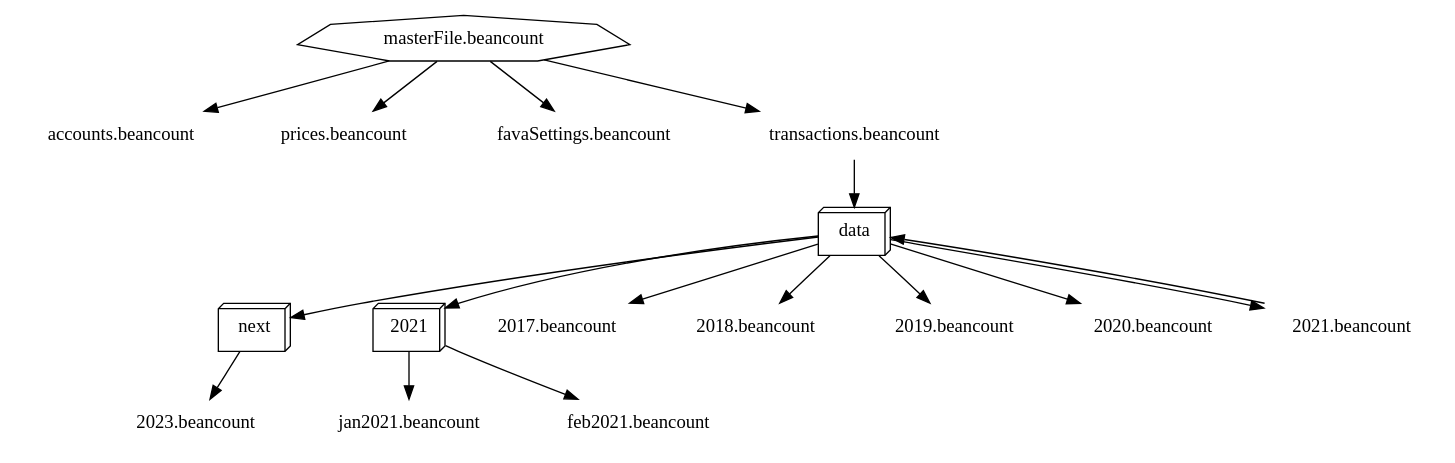
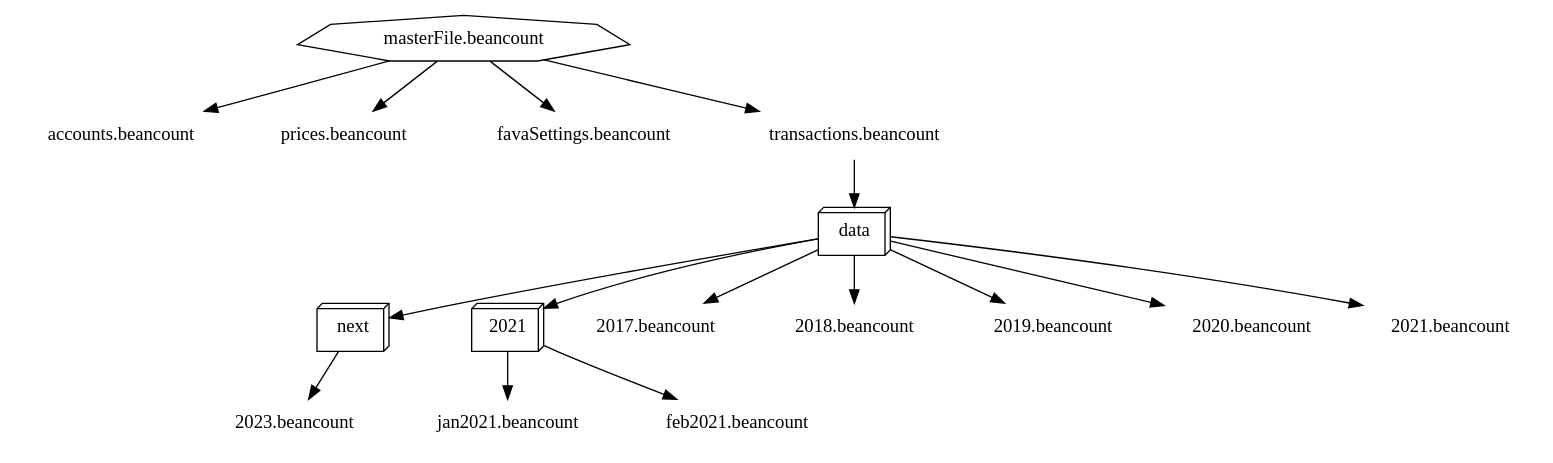
The diagram in README.md (jord1e/jbeancount), drawn with Graphviz before and after one commit. The commit also changed other lines of this file, not shown here.

Commit message:
Fix README dot output
[skip ci]

````diff
--- a/README.md
+++ b/README.md
@@ -285,21 +285,21 @@
 ```dot
 strict digraph {
   node [shape=plaintext]
   "masterFile.beancount" [shape=septagon]
   "next" [shape=box3d]
   "data" [shape=box3d]
   "2021" [shape=box3d]
   "masterFile.beancount" -> "accounts.beancount"
   "masterFile.beancount" -> "prices.beancount"
   "masterFile.beancount" -> "favaSettings.beancount"
   "masterFile.beancount" -> "transactions.beancount"
   "transactions.beancount" -> "data" -> "2017.beancount"
   "transactions.beancount" -> "data" -> "2018.beancount"
   "transactions.beancount" -> "data" -> "2019.beancount"
   "transactions.beancount" -> "data" -> "2020.beancount"
   "transactions.beancount" -> "data" -> "2021.beancount"
-  "data" -> "2021.beancount" -> "data" -> "2021" -> "jan2021.beancount"
-  "data" -> "2021.beancount" -> "data" -> "2021" -> "feb2021.beancount"
+  "transactions.beancount" -> "data" -> "2021" -> "jan2021.beancount"
+  "transactions.beancount" -> "data" -> "2021" -> "feb2021.beancount"
   "transactions.beancount" -> "data" -> "next" -> "2023.beancount"
 }
 ```
````
